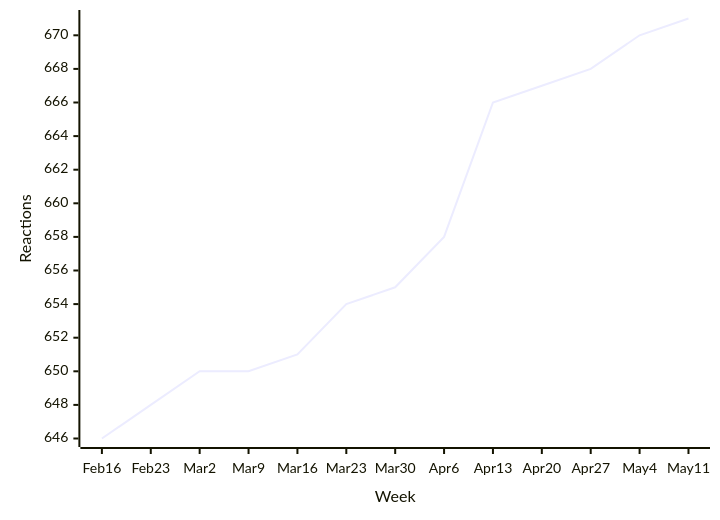
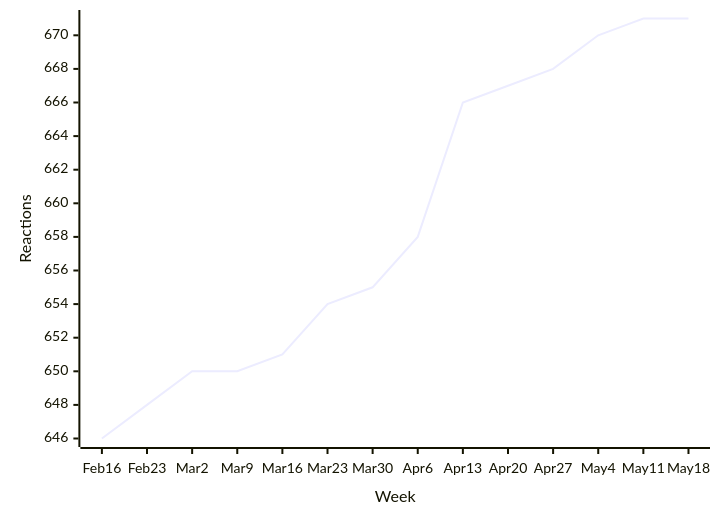
Before and after one commit to loic-sharma/github-insights: the fourth of 49 diagrams in README.md, drawn with Mermaid. The commit also changed other lines of this file and 3 other files, not shown here.

````diff
--- a/README.md
+++ b/README.md
@@ -390,6 +390,6 @@
   ```mermaid
   xychart-beta
-    x-axis "Week" [Feb 16, Feb 23, Mar 2, Mar 9, Mar 16, Mar 23, Mar 30, Apr 6, Apr 13, Apr 20, Apr 27, May 4, May 11]
+    x-axis "Week" [Feb 16, Feb 23, Mar 2, Mar 9, Mar 16, Mar 23, Mar 30, Apr 6, Apr 13, Apr 20, Apr 27, May 4, May 11, May 18]
     y-axis "Reactions"
-    line [646, 648, 650, 650, 651, 654, 655, 658, 666, 667, 668, 670, 671]
+    line [646, 648, 650, 650, 651, 654, 655, 658, 666, 667, 668, 670, 671, 671]
   ```
````
